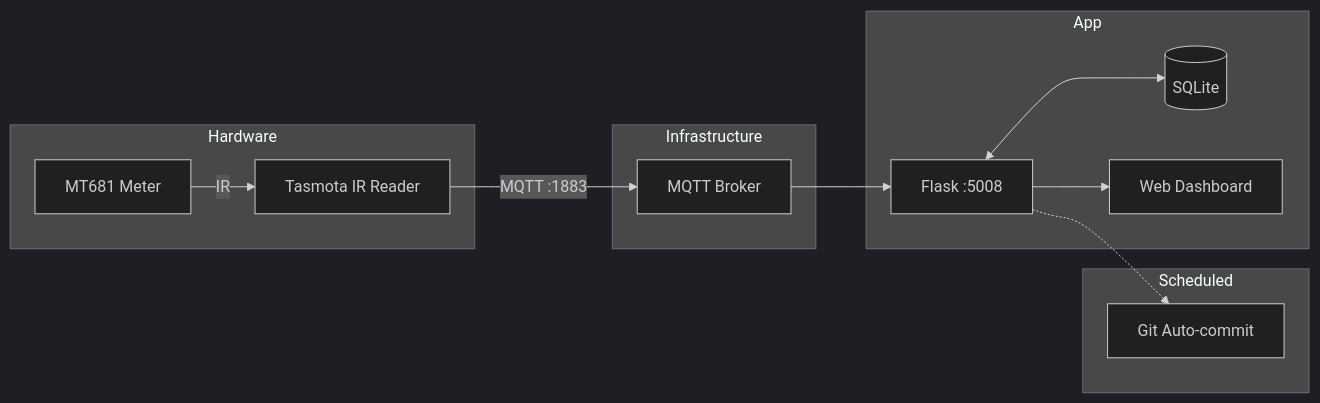
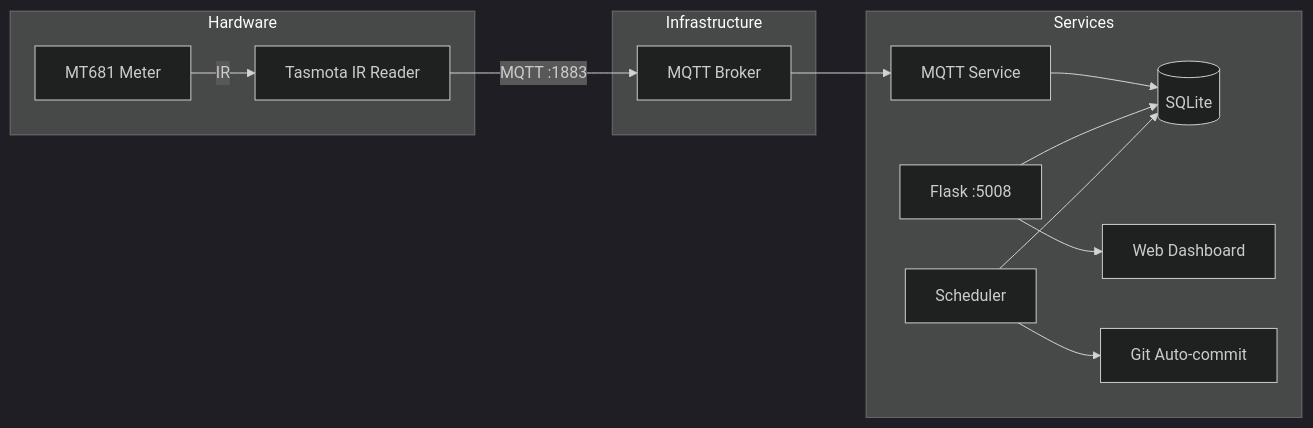
The diagram in README.md (momonala/energy-meter), drawn with Mermaid (dark theme) before and after one commit. The commit also changed other lines of this file and 7 other files, not shown here.

Commit message:
separate mqtt and cron services out of main thread

````diff
--- a/README.md
+++ b/README.md
@@ -18,17 +18,17 @@
 ```mermaid
 flowchart LR
     subgraph Hardware
         Meter[MT681 Meter] -->|IR| Tasmota[Tasmota IR Reader]
     end
     subgraph Infrastructure
         Tasmota -->|MQTT :1883| Broker[MQTT Broker]
     end
-    subgraph App
-        Broker --> Flask[Flask :5008]
-        Flask <--> DB[(SQLite)]
+    subgraph Services
+        Broker --> MQTT[MQTT Service]
+        MQTT --> DB[(SQLite)]
+        Flask[Flask :5008] --> DB
         Flask --> UI[Web Dashboard]
-    end
-    subgraph Scheduled
-        Flask -.-> Git[Git Auto-commit]
+        Scheduler[Scheduler] --> DB
+        Scheduler --> Git[Git Auto-commit]
     end
 ```
````
